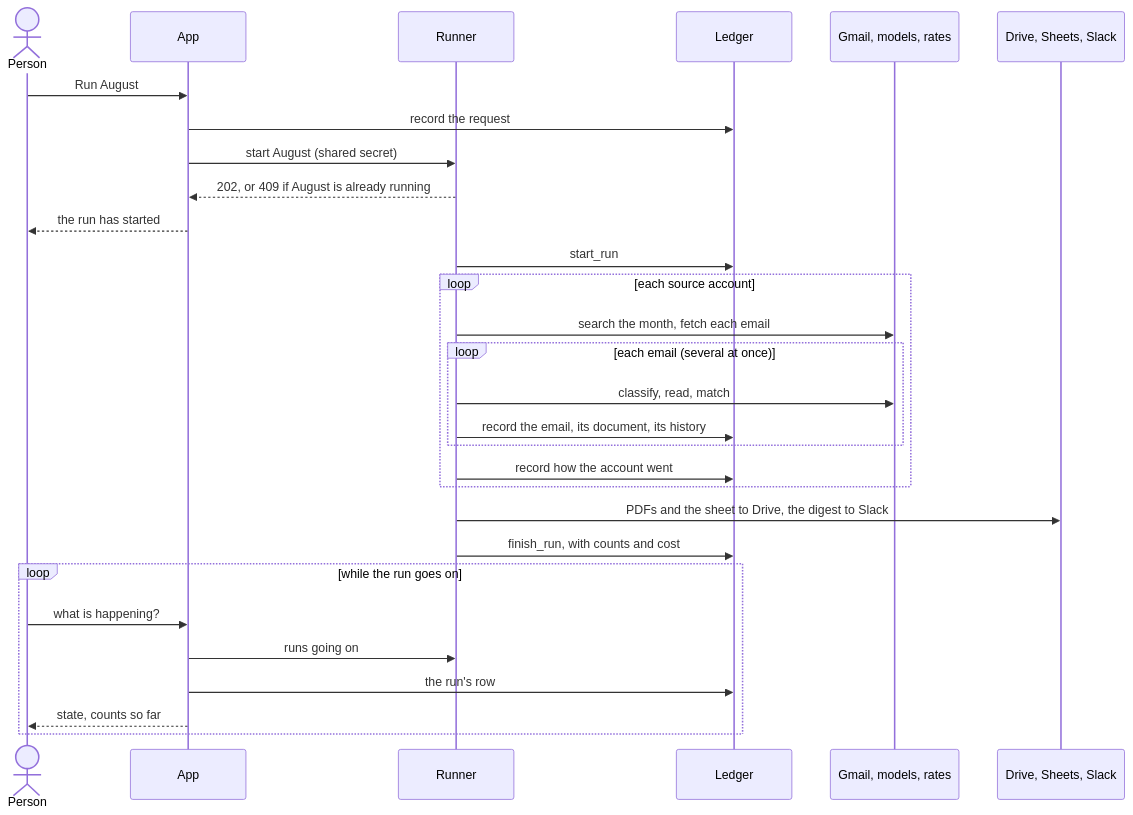
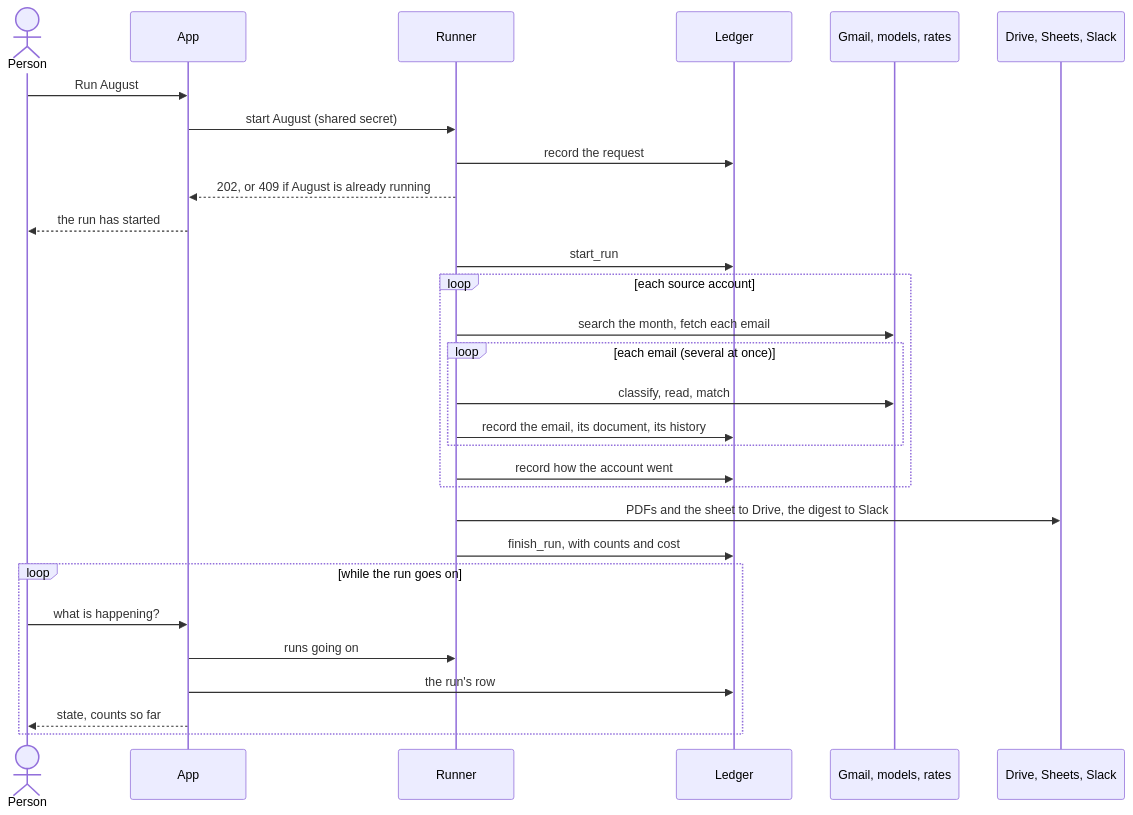
One commit to itsskofficial/adalatai-assignment changed the fifth of 7 diagrams in ARCHITECTURE.md. Above: the diagram before and after it, drawn with Mermaid. The commit also changed other lines of this file, not shown here.

First line of the commit message:
Draw what an earlier run's verdict does to an email, who records a request, and when outputs follow a correction

````diff
--- a/ARCHITECTURE.md
+++ b/ARCHITECTURE.md
@@ -175,32 +179,32 @@
 ```mermaid
 sequenceDiagram
     actor P as Person
     participant A as App
     participant R as Runner
     participant L as Ledger
     participant G as Gmail, models, rates
     participant D as Drive, Sheets, Slack
 
     P->>A: Run August
-    A->>L: record the request
     A->>R: start August (shared secret)
+    R->>L: record the request
     R-->>A: 202, or 409 if August is already running
     A-->>P: the run has started
     R->>L: start_run
     loop each source account
         R->>G: search the month, fetch each email
         loop each email (several at once)
             R->>G: classify, read, match
             R->>L: record the email, its document, its history
         end
         R->>L: record how the account went
     end
     R->>D: PDFs and the sheet to Drive, the digest to Slack
     R->>L: finish_run, with counts and cost
     loop while the run goes on
         P->>A: what is happening?
         A->>R: runs going on
         A->>L: the run's row
         A-->>P: state, counts so far
     end
 ```
````
